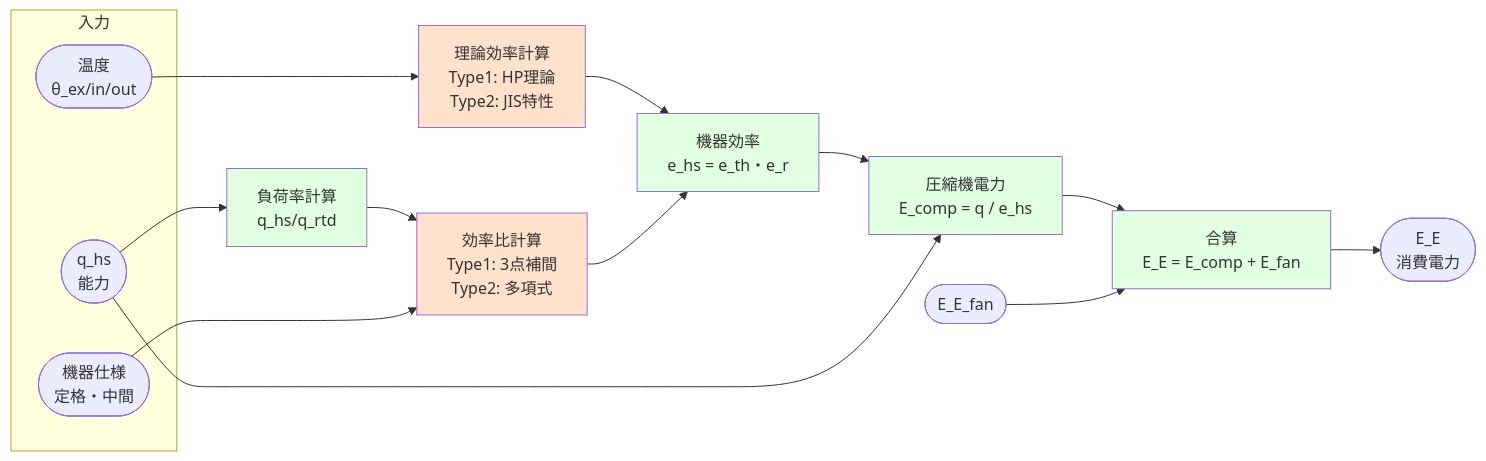
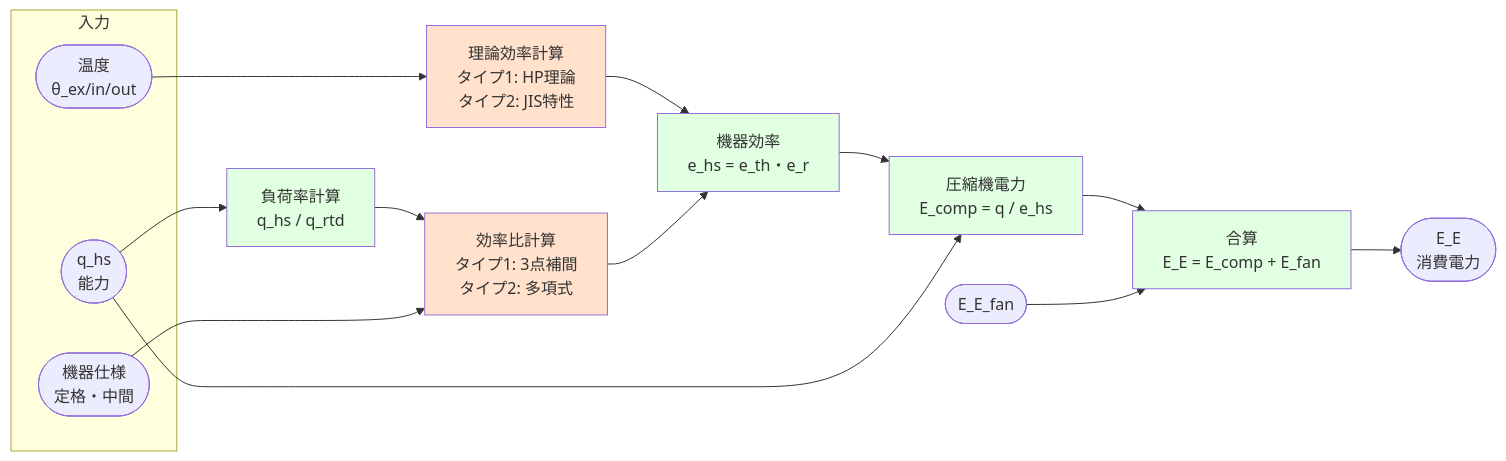
One commit to iguchi-lab/Verification-Platform-Next changed the sixth of 6 diagrams in docs/計算フロー_タイプ1・2.md. Above: the diagram before and after it, drawn with Mermaid. The commit also changed other lines of this file and 1 other file, not shown here.

````diff
--- a/docs/計算フロー_タイプ1・2.md
+++ b/docs/計算フロー_タイプ1・2.md
@@ -472,33 +435,30 @@
 ```mermaid
 flowchart LR
 
 subgraph 入力
     Temp([温度<br/>θ_ex/in/out])
     q([q_hs<br/>能力])
     Spec([機器仕様<br/>定格・中間])
 end
 
-Temp --> e_th[理論効率計算<br/>Type1: HP理論<br/>Type2: JIS特性]
-q --> Load
+Temp --> e_th[理論効率計算<br/>タイプ1: HP理論<br/>タイプ2: JIS特性]
+q --> Load[負荷率計算<br/>q_hs / q_rtd]
 
-Load[負荷率計算<br/>q_hs/q_rtd] --> e_r[効率比計算<br/>Type1: 3点補間<br/>Type2: 多項式]
-Spec --> e_r
+Load & Spec --> e_r[効率比計算<br/>タイプ1: 3点補間<br/>タイプ2: 多項式]
 
-e_th --> e_hs[機器効率<br/>e_hs = e_th・e_r]
-e_r --> e_hs
+e_th & e_r --> e_hs[機器効率<br/>e_hs = e_th・e_r]
 
-e_hs --> Comp[圧縮機電力<br/>E_comp = q / e_hs]
-q --> Comp
+e_hs & q --> Comp[圧縮機電力<br/>E_comp = q / e_hs]
 
 Comp --> Add[合算<br/>E_E = E_comp + E_fan]
 E_fan([E_E_fan]) --> Add
 
 Add --> Result([E_E<br/>消費電力])
 
 style e_th fill:#ffe1cc
 style Load fill:#e1ffe1
 style e_r fill:#ffe1cc
 style e_hs fill:#e1ffe1
 style Comp fill:#e1ffe1
 style Add fill:#e1ffe1
 ```
````
